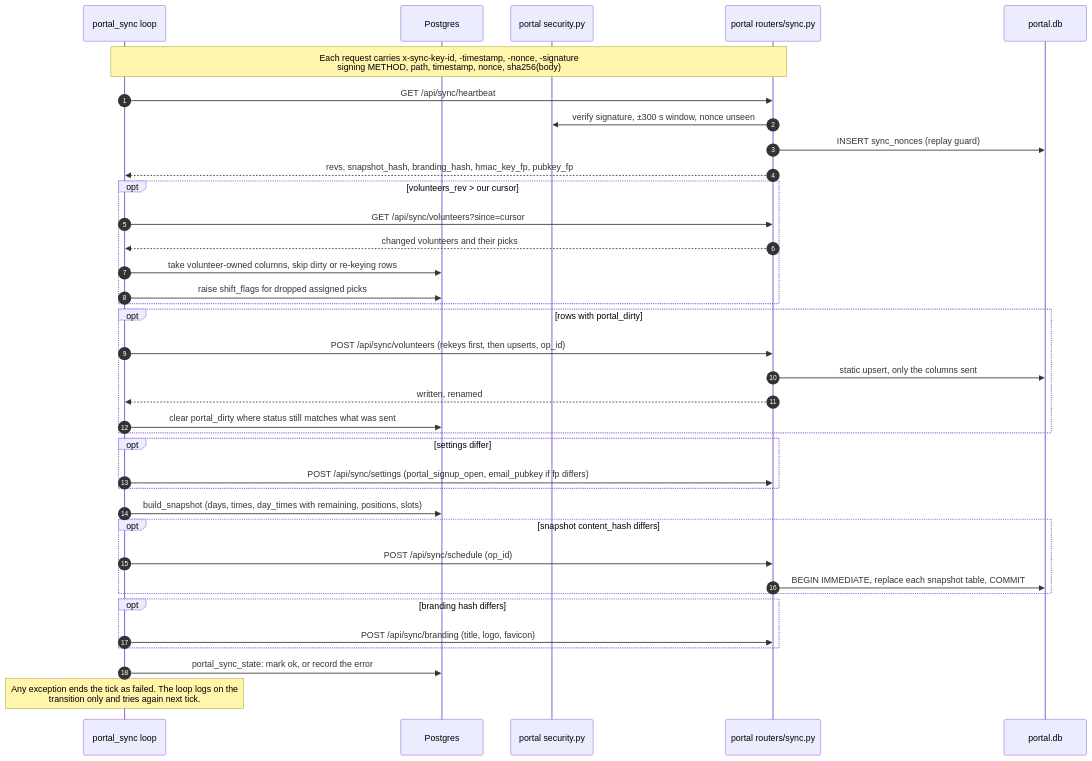
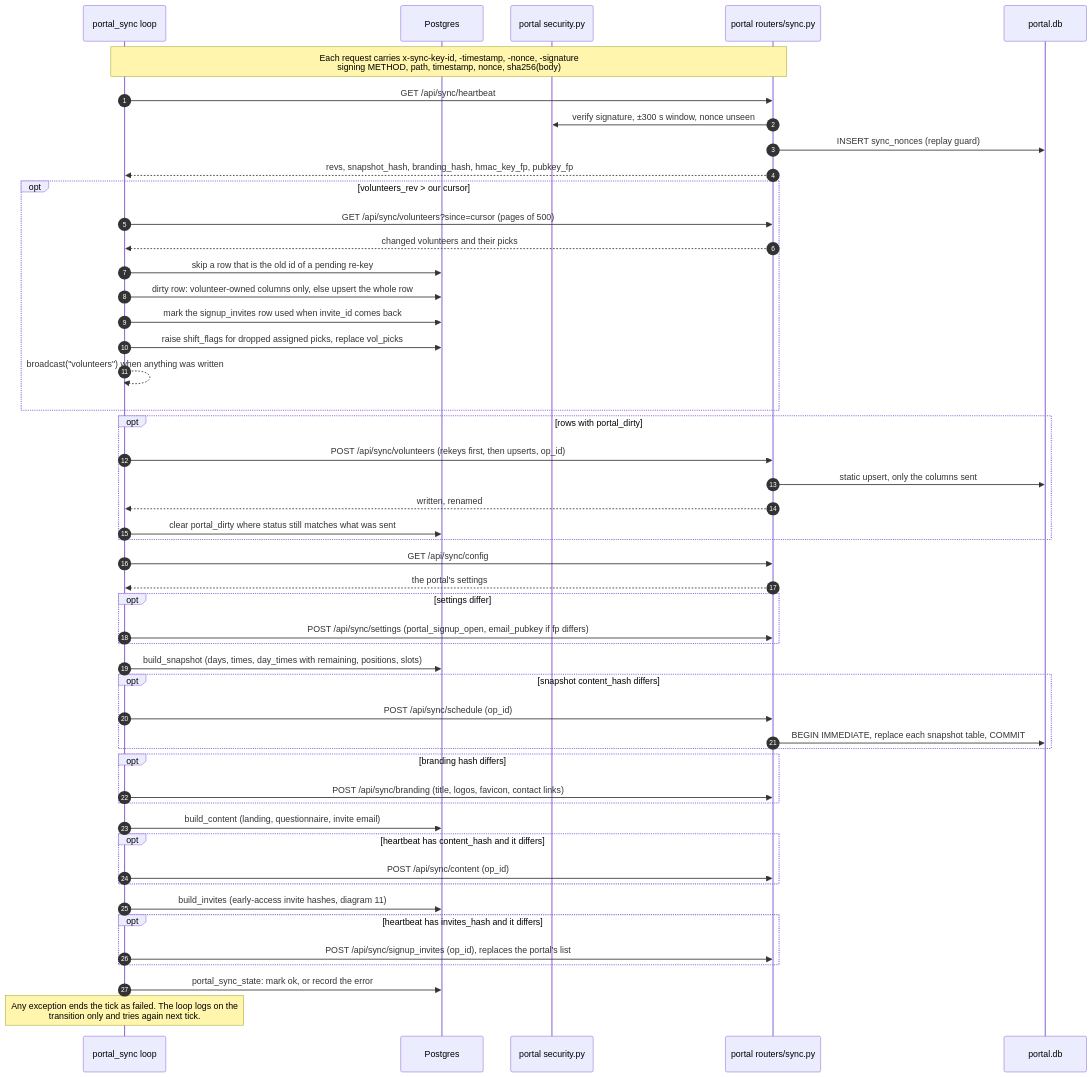
Before and after one commit to securgeek/volunteer-manager: the third of 13 diagrams in docs/architecture/interactions.md, drawn with Mermaid. The commit also changed other lines of this file, not shown here.

Commit message:
Update various interaction diagrams. #3

````diff
--- a/docs/architecture/interactions.md
+++ b/docs/architecture/interactions.md
@@ -149,46 +152,61 @@
 ```mermaid
 sequenceDiagram
     autonumber
     participant L as portal_sync loop
     participant PG as Postgres
     participant SEC as portal security.py
     participant P as portal routers/sync.py
     participant SQ as portal.db
 
     Note over L,P: Each request carries x-sync-key-id, -timestamp, -nonce, -signature<br/>signing METHOD, path, timestamp, nonce, sha256(body)
     L->>P: GET /api/sync/heartbeat
     P->>SEC: verify signature, ±300 s window, nonce unseen
     P->>SQ: INSERT sync_nonces (replay guard)
     P-->>L: revs, snapshot_hash, branding_hash, hmac_key_fp, pubkey_fp
 
     opt volunteers_rev > our cursor
-        L->>P: GET /api/sync/volunteers?since=cursor
+        L->>P: GET /api/sync/volunteers?since=cursor (pages of 500)
         P-->>L: changed volunteers and their picks
-        L->>PG: take volunteer-owned columns, skip dirty or re-keying rows
-        L->>PG: raise shift_flags for dropped assigned picks
+        L->>PG: skip a row that is the old id of a pending re-key
+        L->>PG: dirty row: volunteer-owned columns only, else upsert the whole row
+        L->>PG: mark the signup_invites row used when invite_id comes back
+        L->>PG: raise shift_flags for dropped assigned picks, replace vol_picks
+        L-->>L: broadcast("volunteers") when anything was written
     end
 
     opt rows with portal_dirty
         L->>P: POST /api/sync/volunteers (rekeys first, then upserts, op_id)
         P->>SQ: static upsert, only the columns sent
         P-->>L: written, renamed
         L->>PG: clear portal_dirty where status still matches what was sent
     end
 
+    L->>P: GET /api/sync/config
+    P-->>L: the portal's settings
     opt settings differ
         L->>P: POST /api/sync/settings (portal_signup_open, email_pubkey if fp differs)
     end
 
     L->>PG: build_snapshot (days, times, day_times with remaining, positions, slots)
     opt snapshot content_hash differs
         L->>P: POST /api/sync/schedule (op_id)
         P->>SQ: BEGIN IMMEDIATE, replace each snapshot table, COMMIT
     end
 
     opt branding hash differs
-        L->>P: POST /api/sync/branding (title, logo, favicon)
+        L->>P: POST /api/sync/branding (title, logos, favicon, contact links)
+    end
+
+    L->>PG: build_content (landing, questionnaire, invite email)
+    opt heartbeat has content_hash and it differs
+        L->>P: POST /api/sync/content (op_id)
+    end
+
+    L->>PG: build_invites (early-access invite hashes, diagram 11)
+    opt heartbeat has invites_hash and it differs
+        L->>P: POST /api/sync/signup_invites (op_id), replaces the portal's list
     end
 
     L->>PG: portal_sync_state: mark ok, or record the error
     Note over L: Any exception ends the tick as failed. The loop logs on the<br/>transition only and tries again next tick.
 ```
````
